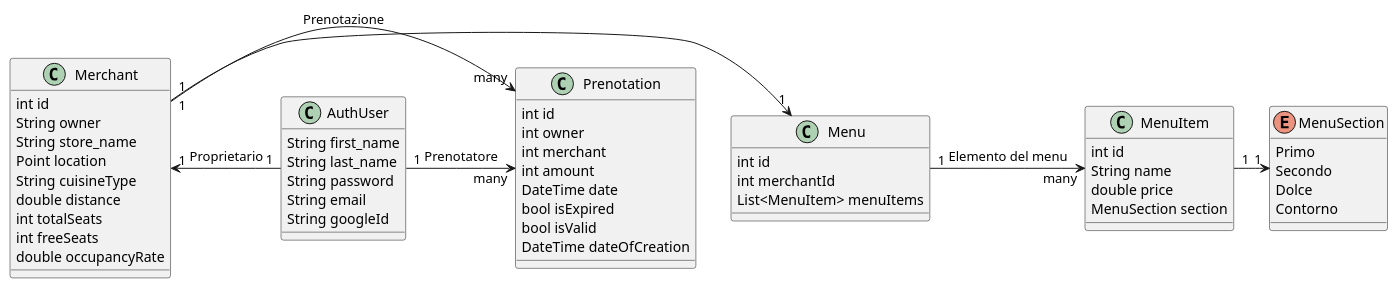
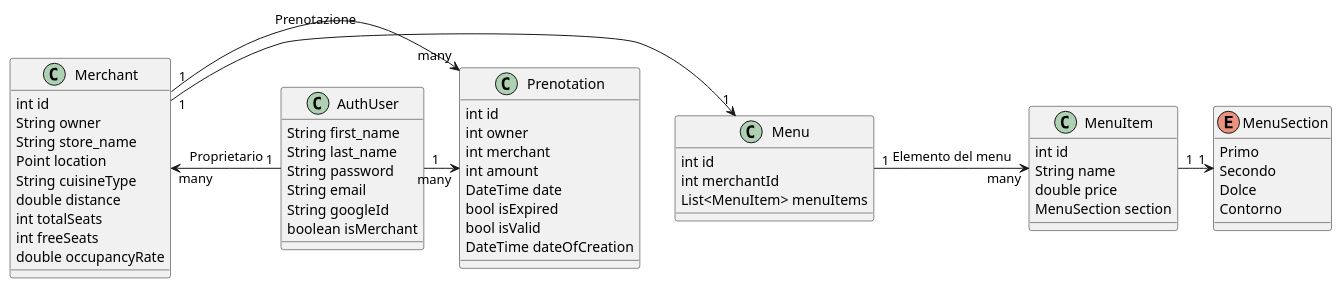
Before and after one commit to decimo-digital/ceposto-docs: the diagram in diagrammi uml/class_diagram.plantuml, drawn with PlantUML. The commit also changed 2 other files, not shown here.

```diff
--- a/diagrammi uml/class_diagram.plantuml
+++ b/diagrammi uml/class_diagram.plantuml
@@ -1,61 +1,62 @@
 @startuml classDiagram
 
 class AuthUser {
     String first_name
     String last_name
     String password
     String email
     String googleId
+    boolean isMerchant
 }
 
 class Merchant {
     int id
     String owner
     String store_name
     Point location
     String cuisineType
     double distance
     int totalSeats
     int freeSeats
     double occupancyRate
 }
 
 class Prenotation {
     int id
     int owner
     int merchant
     int amount
     DateTime date
     bool isExpired
     bool isValid
     DateTime dateOfCreation
 }
 
 class Menu{
     int id
     int merchantId
     List<MenuItem> menuItems
 }
 
 class MenuItem{
     int id
     String name
     double price
     MenuSection section
 }
 
 enum MenuSection{
     Primo
     Secondo
     Dolce
     Contorno
 }
 
 Merchant "1" -> "1" Menu
 Menu "1" -> "many" MenuItem: Elemento del menu
 MenuItem "1" -> "1" MenuSection
 
-AuthUser "1" -> "many" Prenotation: Prenotatore
+AuthUser "1" -> "many" Prenotation
 Prenotation "many" <- "1" Merchant: Prenotazione
-Merchant "1" <- "1" AuthUser: Proprietario
+Merchant "many" <- "1" AuthUser: Proprietario
 @enduml
```
